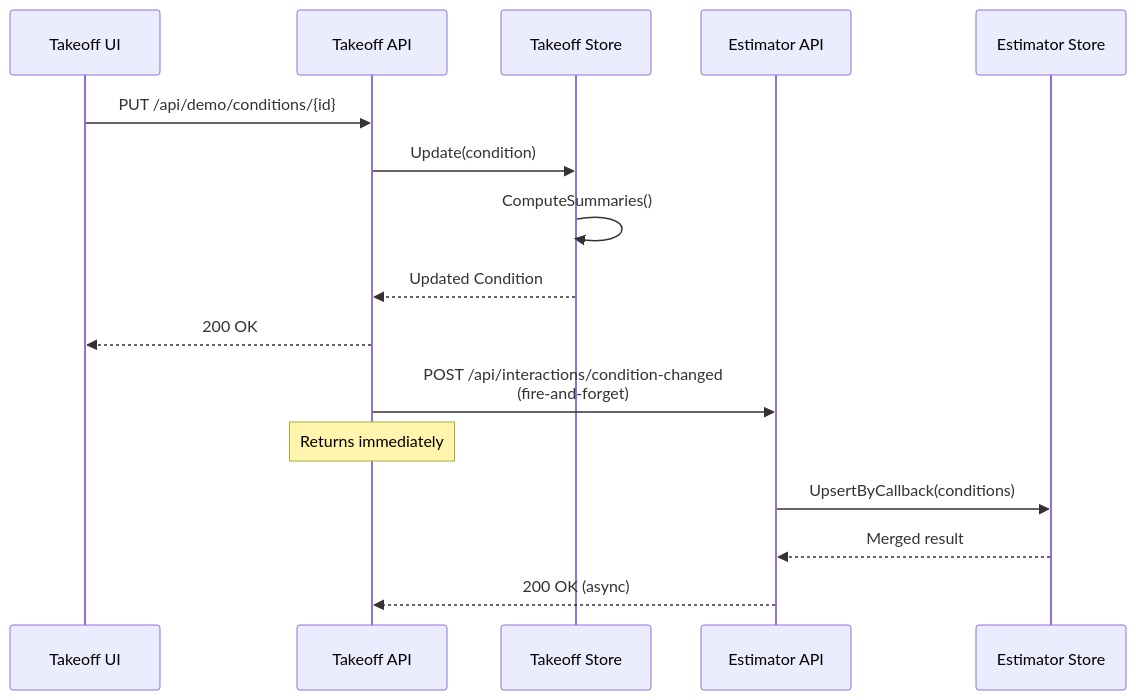
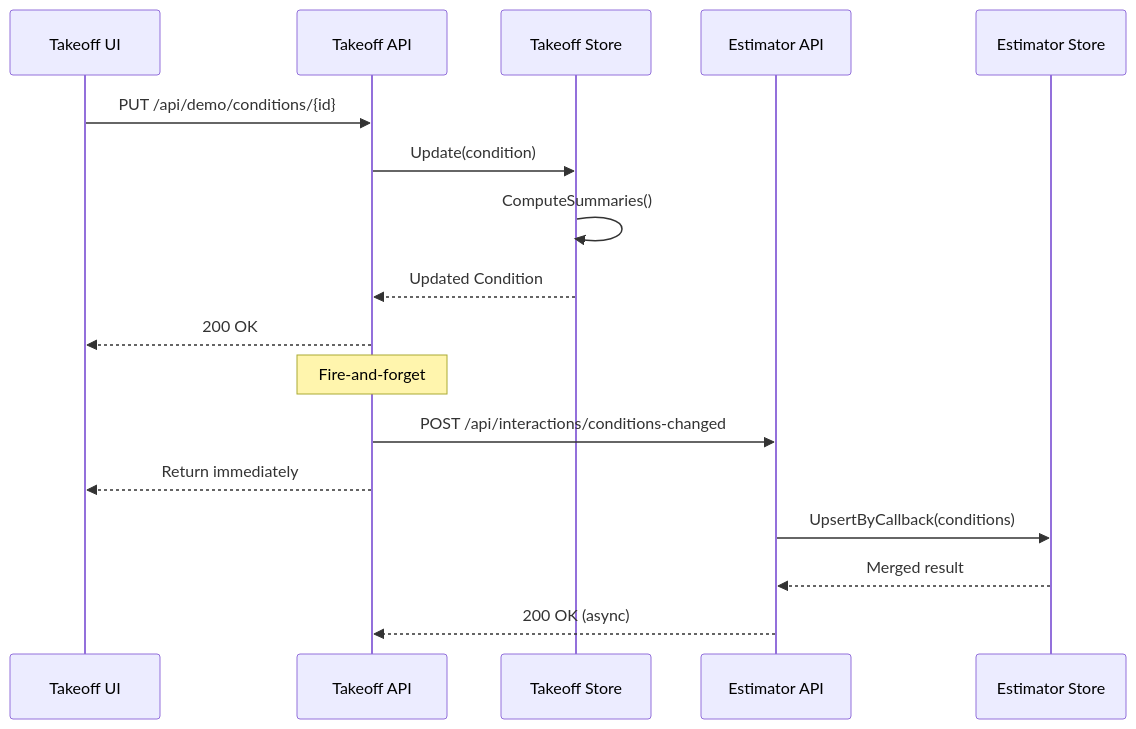
One commit to pkarabut-bw/embedded-integration changed the second of 8 diagrams in docs/contract-diagrams.md. Above: the diagram before and after it, drawn with Mermaid. The commit also changed other lines of this file and 1 other file, not shown here.

````diff
--- a/docs/contract-diagrams.md
+++ b/docs/contract-diagrams.md
@@ -186,21 +54,22 @@
 ```mermaid
 sequenceDiagram
-    participant Takeoff UI
-    participant Takeoff API
-    participant Takeoff Store
-    participant Estimator API
-    participant Estimator Store
+    participant TakeoffUI as Takeoff UI
+    participant TakeoffAPI as Takeoff API
+    participant TakeoffStore as Takeoff Store
+    participant EstimatorAPI as Estimator API
+    participant EstimatorStore as Estimator Store
     
-    Takeoff UI->>Takeoff API: PUT /api/demo/conditions/{id}
-    Takeoff API->>Takeoff Store: Update(condition)
-    Takeoff Store->>Takeoff Store: ComputeSummaries()
-    Takeoff Store-->>Takeoff API: Updated Condition
-    Takeoff API-->>Takeoff UI: 200 OK
+    TakeoffUI->>TakeoffAPI: PUT /api/demo/conditions/{id}
+    TakeoffAPI->>TakeoffStore: Update(condition)
+    TakeoffStore->>TakeoffStore: ComputeSummaries()
+    TakeoffStore-->>TakeoffAPI: Updated Condition
+    TakeoffAPI-->>TakeoffUI: 200 OK
     
-    Takeoff API->>Estimator API: POST /api/interactions/condition-changed<br/>(fire-and-forget)
-    Note over Takeoff API: Returns immediately
+    Note over TakeoffAPI: Fire-and-forget
+    TakeoffAPI->>EstimatorAPI: POST /api/interactions/conditions-changed
+    TakeoffAPI-->>TakeoffUI: Return immediately
     
-    Estimator API->>Estimator Store: UpsertByCallback(conditions)
-    Estimator Store-->>Estimator API: Merged result
-    Estimator API-->>Takeoff API: 200 OK (async)
+    EstimatorAPI->>EstimatorStore: UpsertByCallback(conditions)
+    EstimatorStore-->>EstimatorAPI: Merged result
+    EstimatorAPI-->>TakeoffAPI: 200 OK (async)
 ```
````
